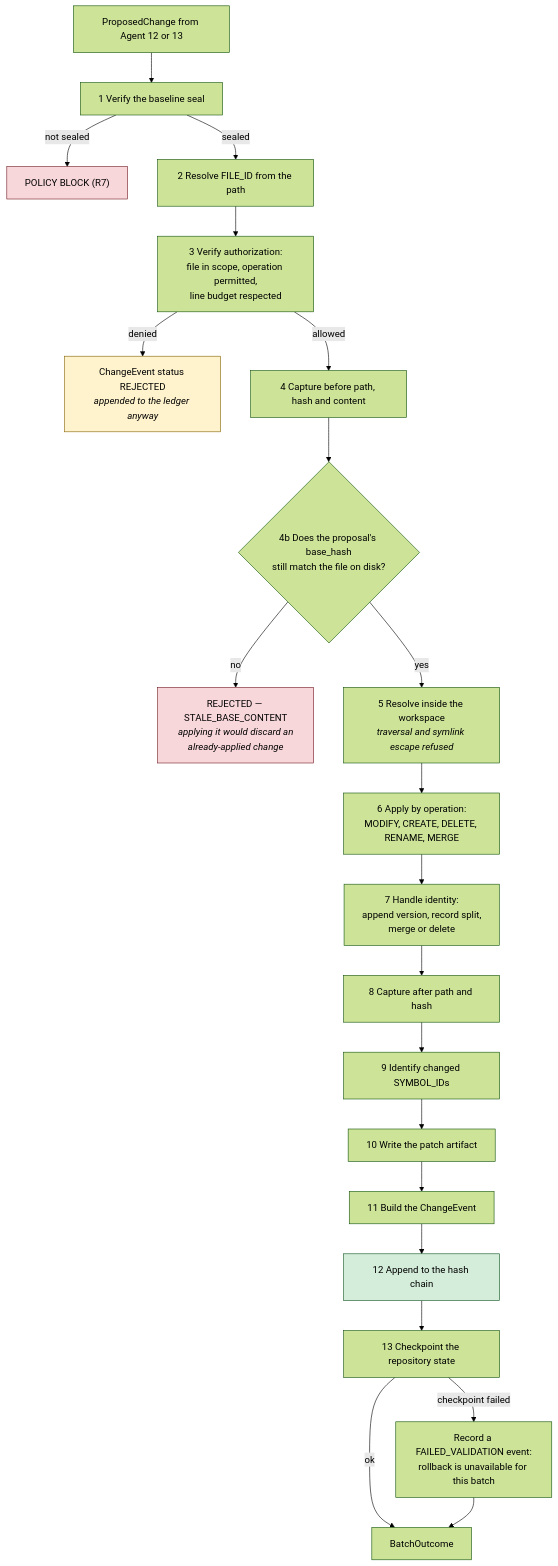
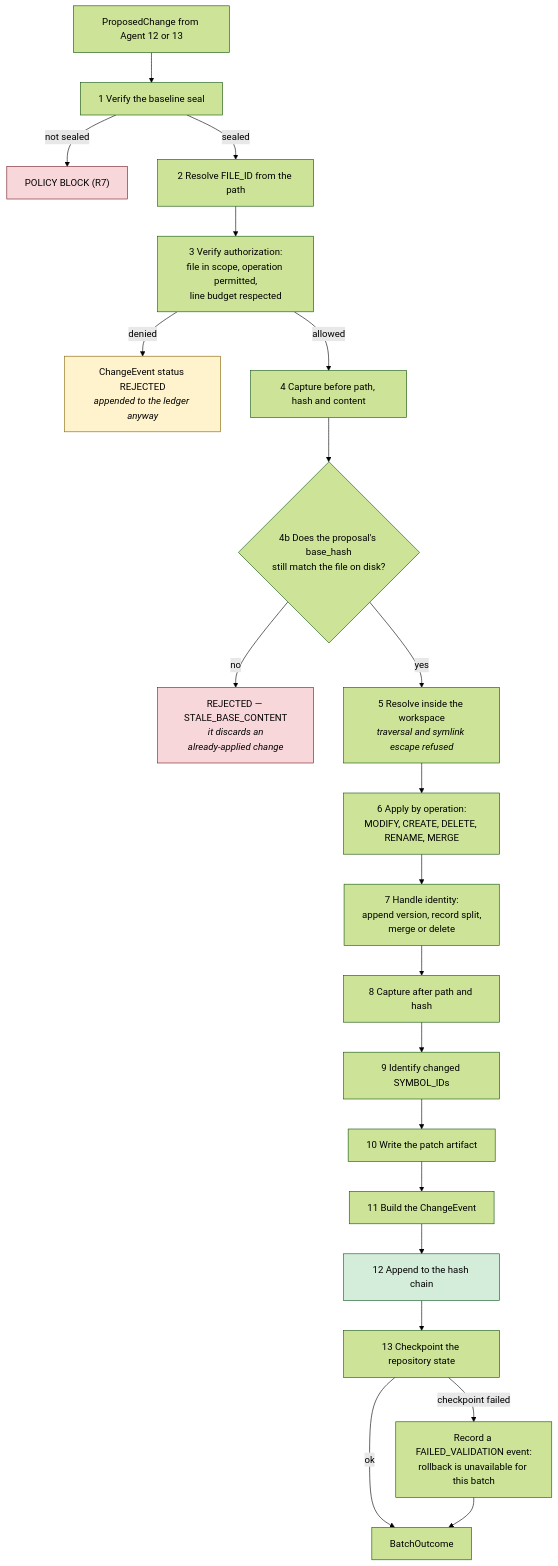
Diagram 24 of 40 in README.md (KrishnaAnnavaram/bootshift), drawn with Mermaid (forest theme) before and after one commit. The commit also changed other lines of this file and 1 other file, not shown here.

````diff
--- a/README.md
+++ b/README.md
@@ -2160,28 +2366,28 @@
 ```mermaid
 flowchart TD
     IN["ProposedChange from Agent 12 or 13"] --> S1["1 Verify the baseline seal"]
     S1 -->|not sealed| BLOCK["POLICY BLOCK (R7)"]
     S1 -->|sealed| S2["2 Resolve FILE_ID from the path"]
     S2 --> S3["3 Verify authorization:<br/>file in scope, operation permitted,<br/>line budget respected"]
     S3 -->|denied| REJ["ChangeEvent status REJECTED<br/><i>appended to the ledger anyway</i>"]
     S3 -->|allowed| S4["4 Capture before path, hash and content"]
     S4 --> S4B{"4b Does the proposal's base_hash<br/>still match the file on disk?"}
-    S4B -->|no| STALE["REJECTED — STALE_BASE_CONTENT<br/><i>applying it would discard an<br/>already-applied change</i>"]
+    S4B -->|no| STALE["REJECTED — STALE_BASE_CONTENT<br/><i>it discards an<br/>already-applied change</i>"]
     S4B -->|yes| S5["5 Resolve inside the workspace<br/><i>traversal and symlink escape refused</i>"]
     S5 --> S6["6 Apply by operation:<br/>MODIFY, CREATE, DELETE, RENAME, MERGE"]
     S6 --> S7["7 Handle identity:<br/>append version, record split,<br/>merge or delete"]
     S7 --> S8["8 Capture after path and hash"]
     S8 --> S9["9 Identify changed SYMBOL_IDs"]
     S9 --> S10["10 Write the patch artifact"]
     S10 --> S11["11 Build the ChangeEvent"]
     S11 --> S12["12 Append to the hash chain"]
     S12 --> S13["13 Checkpoint the repository state"]
     S13 -->|checkpoint failed| CPF["Record a FAILED_VALIDATION event:<br/>rollback is unavailable for this batch"]
     S13 -->|ok| DONE["BatchOutcome"]
     CPF --> DONE
 
     style BLOCK fill:#f8d7da,stroke:#721c24
     style REJ fill:#fff3cd,stroke:#856404
     style STALE fill:#f8d7da,stroke:#721c24
     style S12 fill:#d4edda,stroke:#155724
 ```
````
